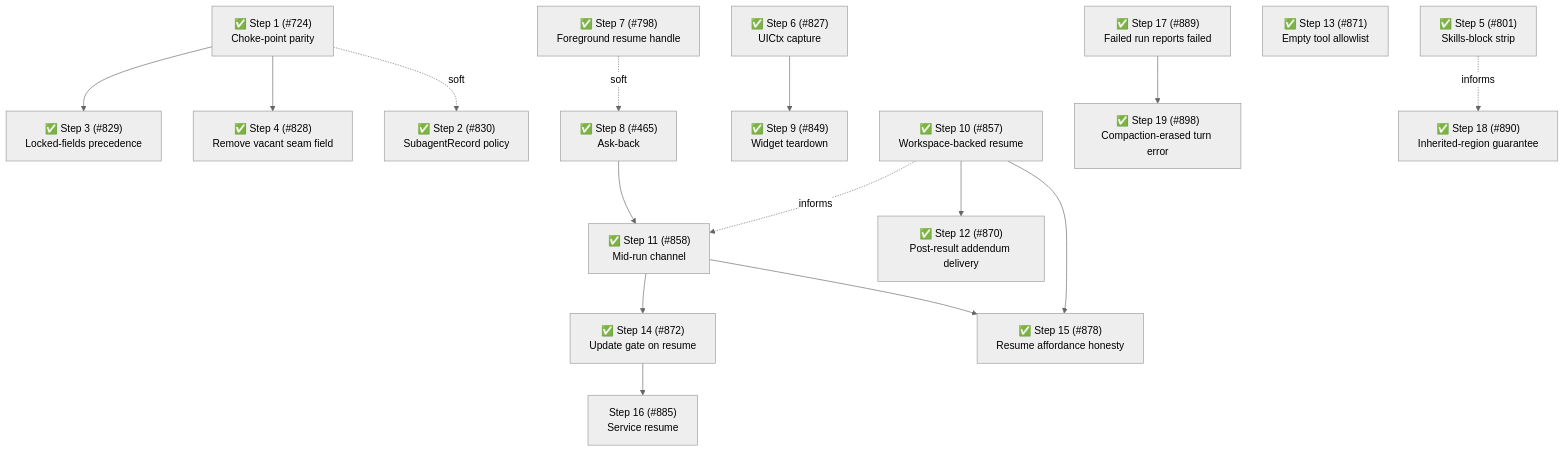
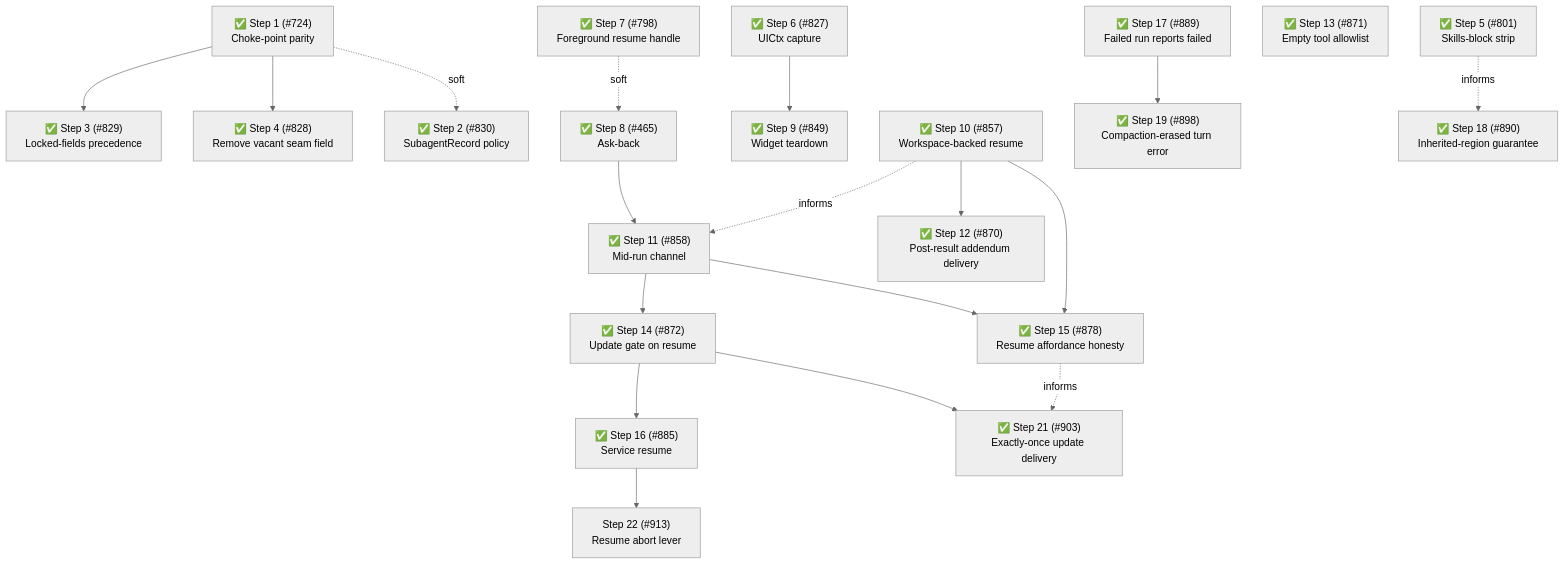
Before and after one commit to Jopqior/gotgenes-pi-packages: the sixth of 6 diagrams in packages/pi-subagents/docs/architecture/architecture.md, drawn with Mermaid (neutral theme). The commit also changed other lines of this file and 116 other files, not shown here.

````diff
--- a/packages/pi-subagents/docs/architecture/architecture.md
+++ b/packages/pi-subagents/docs/architecture/architecture.md
@@ -1316,19 +1383,22 @@
 ```mermaid
 flowchart TD
     S1["✅ Step 1 (#724)<br/>Choke-point parity"] --> S3["✅ Step 3 (#829)<br/>Locked-fields precedence"]
     S1 --> S4["✅ Step 4 (#828)<br/>Remove vacant seam field"]
     S1 -.soft.-> S2["✅ Step 2 (#830)<br/>SubagentRecord policy"]
     S7["✅ Step 7 (#798)<br/>Foreground resume handle"] -.soft.-> S8["✅ Step 8 (#465)<br/>Ask-back"]
     S5["✅ Step 5 (#801)<br/>Skills-block strip"]
     S6["✅ Step 6 (#827)<br/>UICtx capture"] --> S9["✅ Step 9 (#849)<br/>Widget teardown"]
     S8 --> S11["✅ Step 11 (#858)<br/>Mid-run channel"]
     S10["✅ Step 10 (#857)<br/>Workspace-backed resume"] -.informs.-> S11
     S10 --> S12["✅ Step 12 (#870)<br/>Post-result addendum delivery"]
     S11 --> S14["✅ Step 14 (#872)<br/>Update gate on resume"]
     S13["✅ Step 13 (#871)<br/>Empty tool allowlist"]
     S10 --> S15["✅ Step 15 (#878)<br/>Resume affordance honesty"]
     S11 --> S15
-    S14 --> S16["Step 16 (#885)<br/>Service resume"]
+    S14 --> S16["✅ Step 16 (#885)<br/>Service resume"]
     S17["✅ Step 17 (#889)<br/>Failed run reports failed"] --> S19["✅ Step 19 (#898)<br/>Compaction-erased turn error"]
     S5 -.informs.-> S18["✅ Step 18 (#890)<br/>Inherited-region guarantee"]
+    S16 --> S22["Step 22 (#913)<br/>Resume abort lever"]
+    S14 --> S21["✅ Step 21 (#903)<br/>Exactly-once update delivery"]
+    S15 -.informs.-> S21
 ```
````
